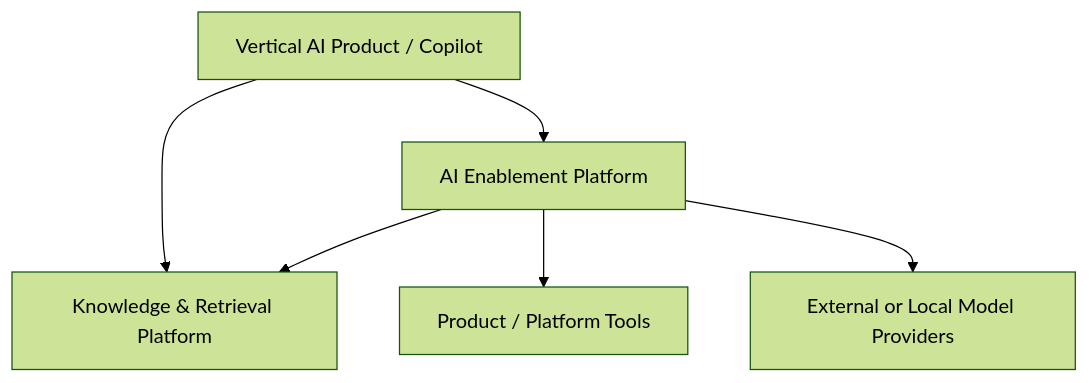
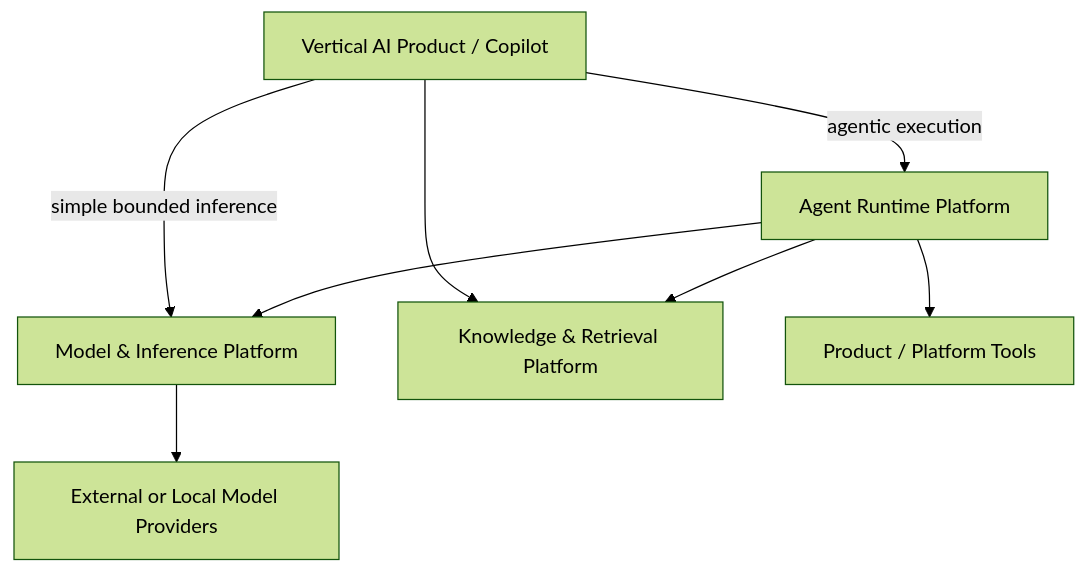
The second of 2 diagrams in 01-enterprise/EAD-001-enterprise-capability-and-domain-map.md (anshacerbia2/scnehaux-architecture), drawn with Mermaid (forest theme) before and after one commit. The commit also changed other lines of this file and 30 other files, not shown here.

Commit message:
refine platform execution and AI architecture

````diff
--- a/01-enterprise/EAD-001-enterprise-capability-and-domain-map.md
+++ b/01-enterprise/EAD-001-enterprise-capability-and-domain-map.md
@@ -269,14 +272,17 @@
 ```mermaid
 graph TB
     PRODUCT[Vertical AI Product / Copilot]
-    AI[AI Enablement Platform]
+    MODEL[Model & Inference Platform]
+    AGENT[Agent Runtime Platform]
     KNOW[Knowledge & Retrieval Platform]
     TOOLS[Product / Platform Tools]
-    MODELS[External or Local Model Providers]
+    PROVIDERS[External or Local Model Providers]
 
-    PRODUCT --> AI
+    PRODUCT -->|simple bounded inference| MODEL
+    PRODUCT -->|agentic execution| AGENT
     PRODUCT --> KNOW
-    AI --> KNOW
-    AI --> TOOLS
-    AI --> MODELS
+    AGENT --> MODEL
+    AGENT --> KNOW
+    AGENT --> TOOLS
+    MODEL --> PROVIDERS
 ```
````
